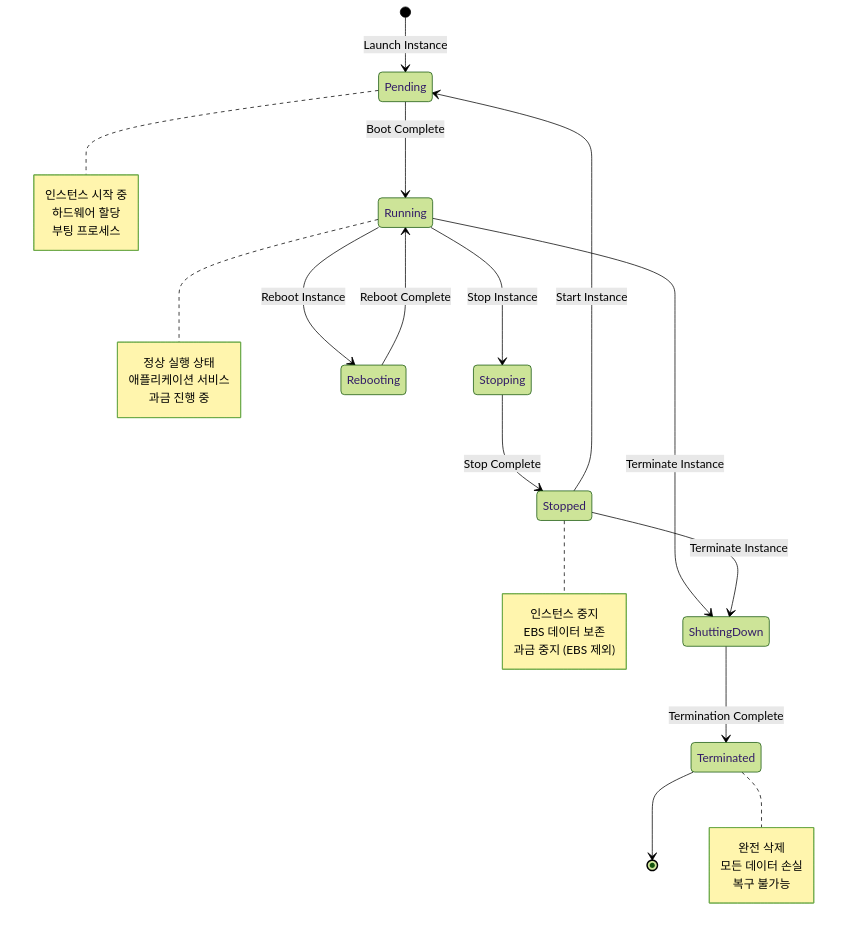
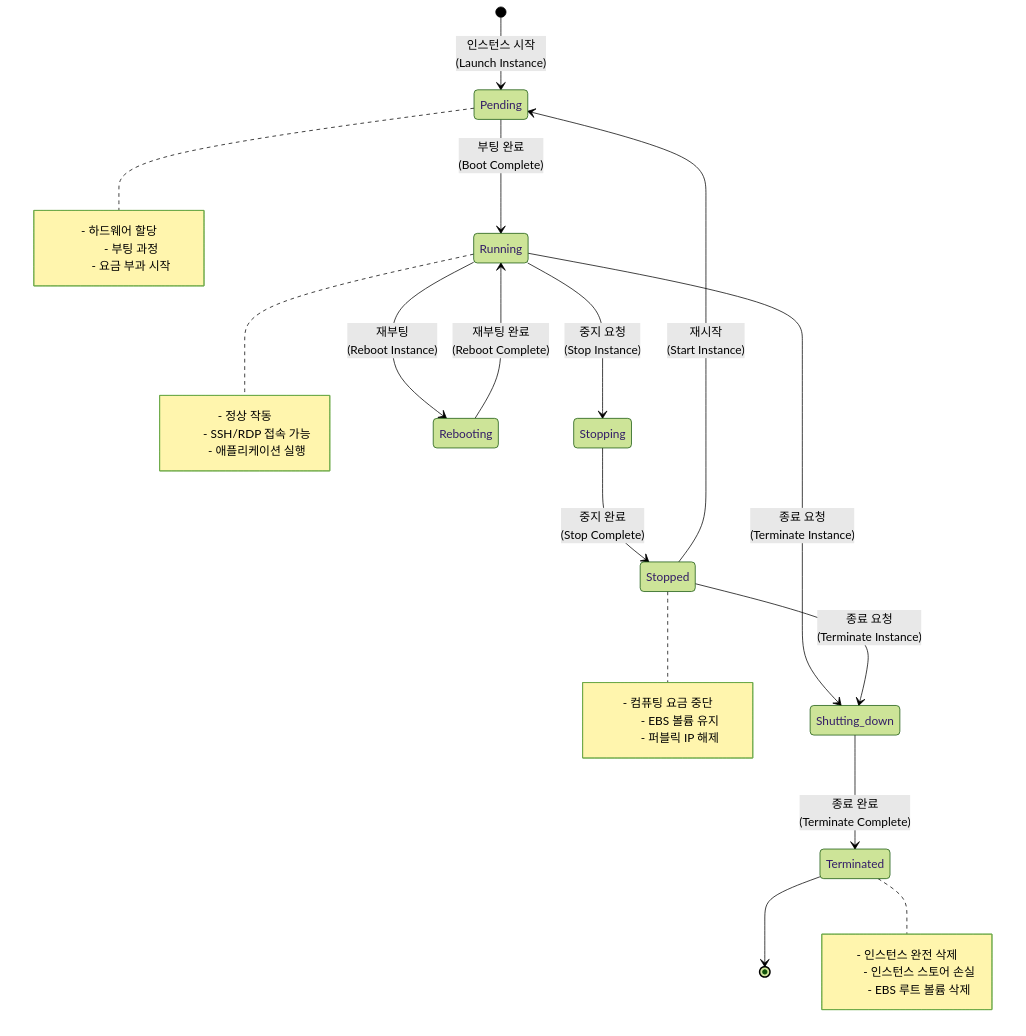
The third of 10 diagrams in aws-saa-study-materials/week1/day3/visuals/ec2-architecture.md (niceguy61/lecture_maker), drawn with Mermaid (forest theme) before and after one commit. The commit also changed other lines of this file and 58 other files, not shown here.

````diff
--- a/aws-saa-study-materials/week1/day3/visuals/ec2-architecture.md
+++ b/aws-saa-study-materials/week1/day3/visuals/ec2-architecture.md
@@ -172,38 +115,45 @@
 ```mermaid
 stateDiagram-v2
-    [*] --> Pending : Launch Instance
-    Pending --> Running : Boot Complete
-    Running --> Stopping : Stop Instance
-    Stopping --> Stopped : Stop Complete
-    Stopped --> Pending : Start Instance
-    Running --> Rebooting : Reboot Instance
-    Rebooting --> Running : Reboot Complete
-    Running --> ShuttingDown : Terminate Instance
-    Stopped --> ShuttingDown : Terminate Instance
-    ShuttingDown --> Terminated : Termination Complete
+    [*] --> Pending: 인스턴스 시작<br/>(Launch Instance)
+    
+    Pending --> Running: 부팅 완료<br/>(Boot Complete)
+    
+    Running --> Stopping: 중지 요청<br/>(Stop Instance)
+    Running --> Shutting_down: 종료 요청<br/>(Terminate Instance)
+    Running --> Rebooting: 재부팅<br/>(Reboot Instance)
+    
+    Stopping --> Stopped: 중지 완료<br/>(Stop Complete)
+    
+    Stopped --> Pending: 재시작<br/>(Start Instance)
+    Stopped --> Shutting_down: 종료 요청<br/>(Terminate Instance)
+    
+    Shutting_down --> Terminated: 종료 완료<br/>(Terminate Complete)
+    
+    Rebooting --> Running: 재부팅 완료<br/>(Reboot Complete)
+    
     Terminated --> [*]
     
     note right of Pending
-        인스턴스 시작 중
-        하드웨어 할당
-        부팅 프로세스
+        - 하드웨어 할당
+        - 부팅 과정
+        - 요금 부과 시작
     end note
     
     note right of Running
-        정상 실행 상태
-        애플리케이션 서비스
-        과금 진행 중
+        - 정상 작동
+        - SSH/RDP 접속 가능
+        - 애플리케이션 실행
     end note
     
     note right of Stopped
-        인스턴스 중지
-        EBS 데이터 보존
-        과금 중지 (EBS 제외)
+        - 컴퓨팅 요금 중단
+        - EBS 볼륨 유지
+        - 퍼블릭 IP 해제
     end note
     
     note right of Terminated
-        완전 삭제
-        모든 데이터 손실
-        복구 불가능
+        - 인스턴스 완전 삭제
+        - 인스턴스 스토어 손실
+        - EBS 루트 볼륨 삭제
     end note
 ```
````
